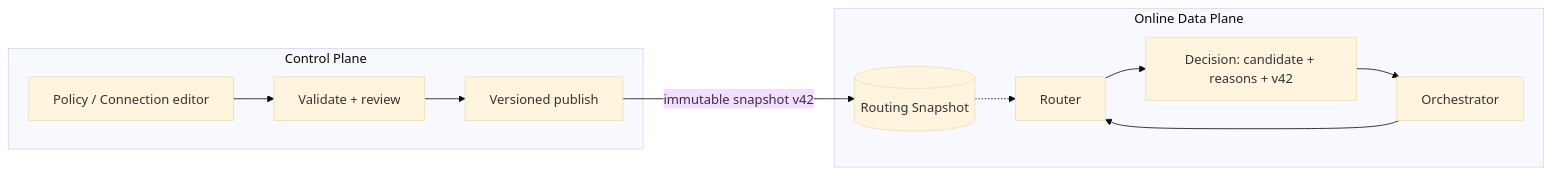
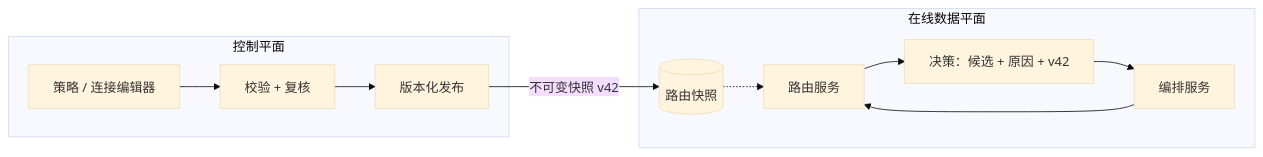
The fifth of 5 diagrams in part-1-foundations/routing-system-boundaries.md (YouEclipse/Designing-Modern-Payment-Systems), drawn with Mermaid (base theme) before and after one commit. The commit also changed other lines of this file and 59 other files, not shown here.

````diff
--- a/part-1-foundations/routing-system-boundaries.md
+++ b/part-1-foundations/routing-system-boundaries.md
@@ -379,16 +379,16 @@
 ```mermaid
 flowchart LR
-    subgraph ControlPlane["Control Plane"]
-        Editor["Policy / Connection editor"] --> Validator["Validate + review"]
-        Validator --> Publisher["Versioned publish"]
+    subgraph ControlPlane["控制平面"]
+        Editor["策略 / 连接编辑器"] --> Validator["校验 + 复核"]
+        Validator --> Publisher["版本化发布"]
     end
 
-    Publisher -->|"immutable snapshot v42"| Snapshot[("Routing Snapshot")]
+    Publisher -->|"不可变快照 v42"| Snapshot[("路由快照")]
 
-    subgraph DataPlane["Online Data Plane"]
-        Orchestrator["Orchestrator"] --> Router["Router"]
+    subgraph DataPlane["在线数据平面"]
+        Orchestrator["编排服务"] --> Router["路由服务"]
         Snapshot -.-> Router
-        Router --> Decision["Decision: candidate + reasons + v42"]
+        Router --> Decision["决策：候选 + 原因 + v42"]
         Decision --> Orchestrator
     end
 ```
````
